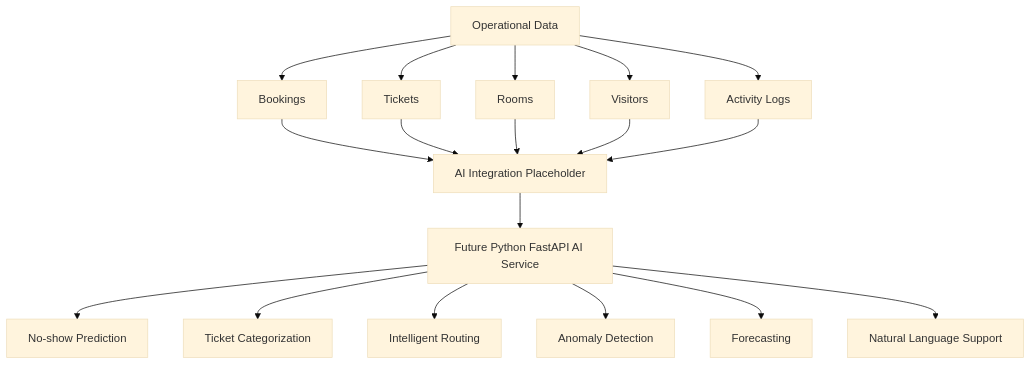
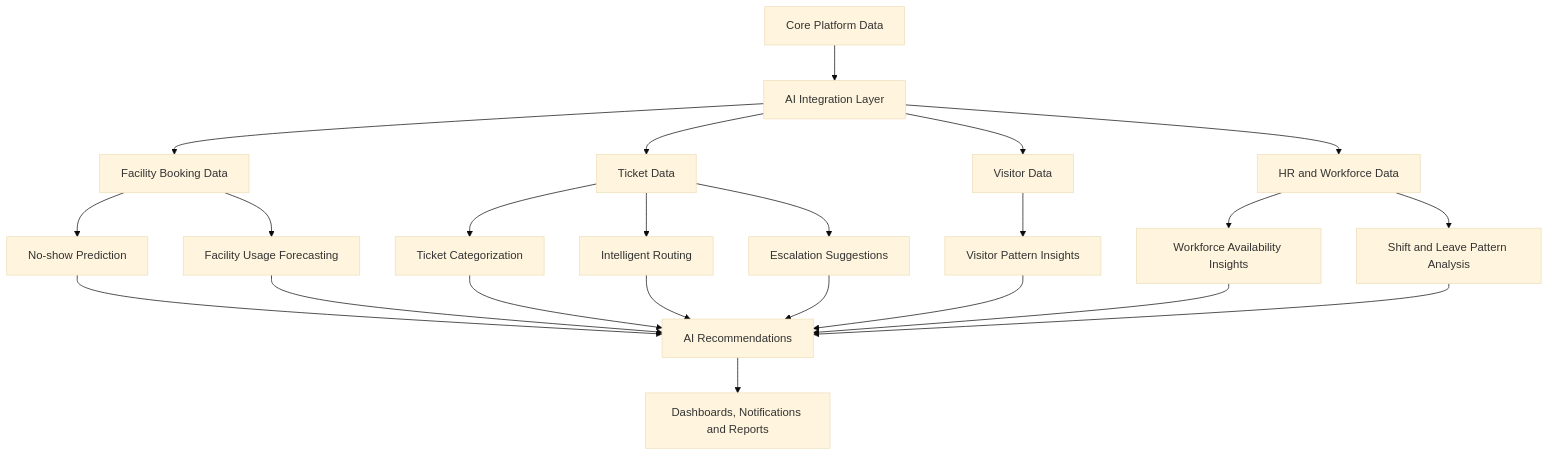
Before and after one commit to carlke2/Smart-Facility-Managemen: the fourth of 4 diagrams in README.md, drawn with Mermaid (base theme). The commit also changed other lines of this file, not shown here.

````diff
--- a/README.md
+++ b/README.md
@@ -333,23 +251,32 @@
 ```mermaid
 flowchart TD
-    A[Operational Data] --> B[Bookings]
-    A --> C[Tickets]
-    A --> D[Rooms]
-    A --> E[Visitors]
-    A --> F[Activity Logs]
+    A[Core Platform Data] --> B[AI Integration Layer]
 
-    B --> G[AI Integration Placeholder]
-    C --> G
-    D --> G
-    E --> G
-    F --> G
+    B --> C[Facility Booking Data]
+    B --> D[Ticket Data]
+    B --> E[Visitor Data]
+    B --> F[HR and Workforce Data]
 
-    G --> H[Future Python FastAPI AI Service]
+    C --> G[No-show Prediction]
+    C --> H[Facility Usage Forecasting]
 
-    H --> I[No-show Prediction]
-    H --> J[Ticket Categorization]
-    H --> K[Intelligent Routing]
-    H --> L[Anomaly Detection]
-    H --> M[Forecasting]
-    H --> N[Natural Language Support]
+    D --> I[Ticket Categorization]
+    D --> J[Intelligent Routing]
+    D --> K[Escalation Suggestions]
+
+    E --> L[Visitor Pattern Insights]
+
+    F --> M[Workforce Availability Insights]
+    F --> N[Shift and Leave Pattern Analysis]
+
+    G --> O[AI Recommendations]
+    H --> O
+    I --> O
+    J --> O
+    K --> O
+    L --> O
+    M --> O
+    N --> O
+
+    O --> P[Dashboards, Notifications and Reports]
 ```
````
